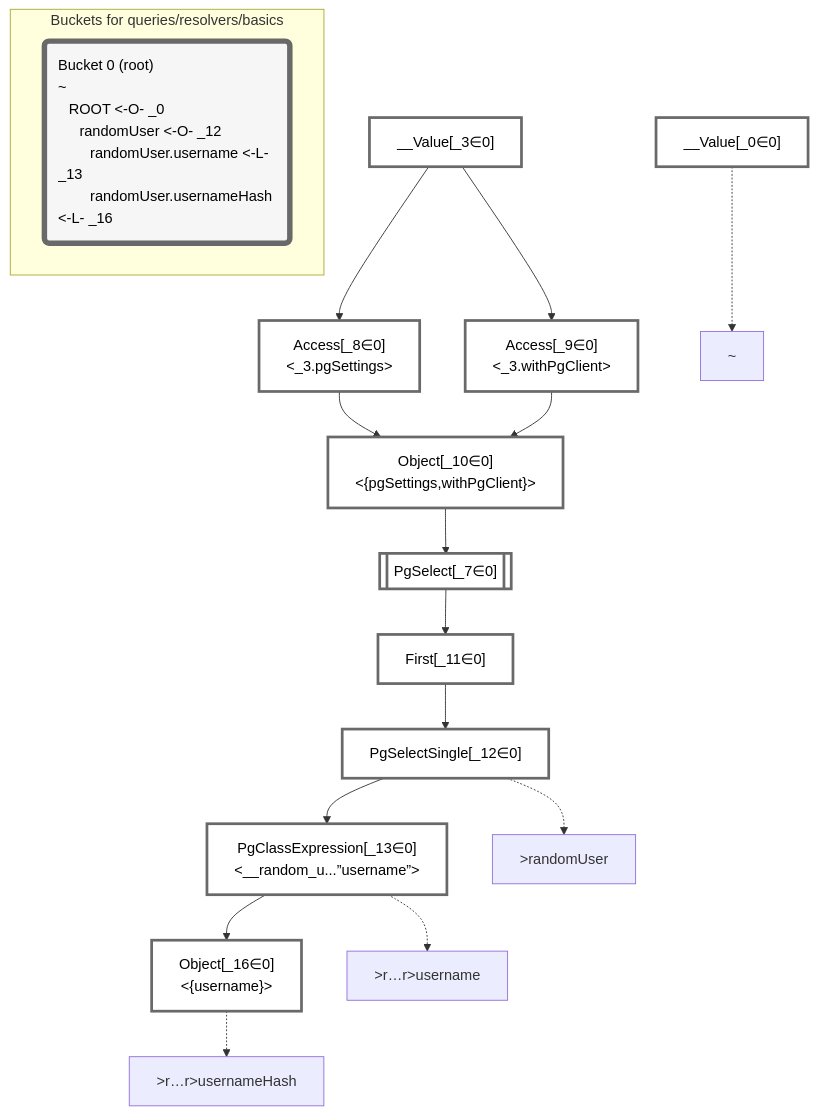
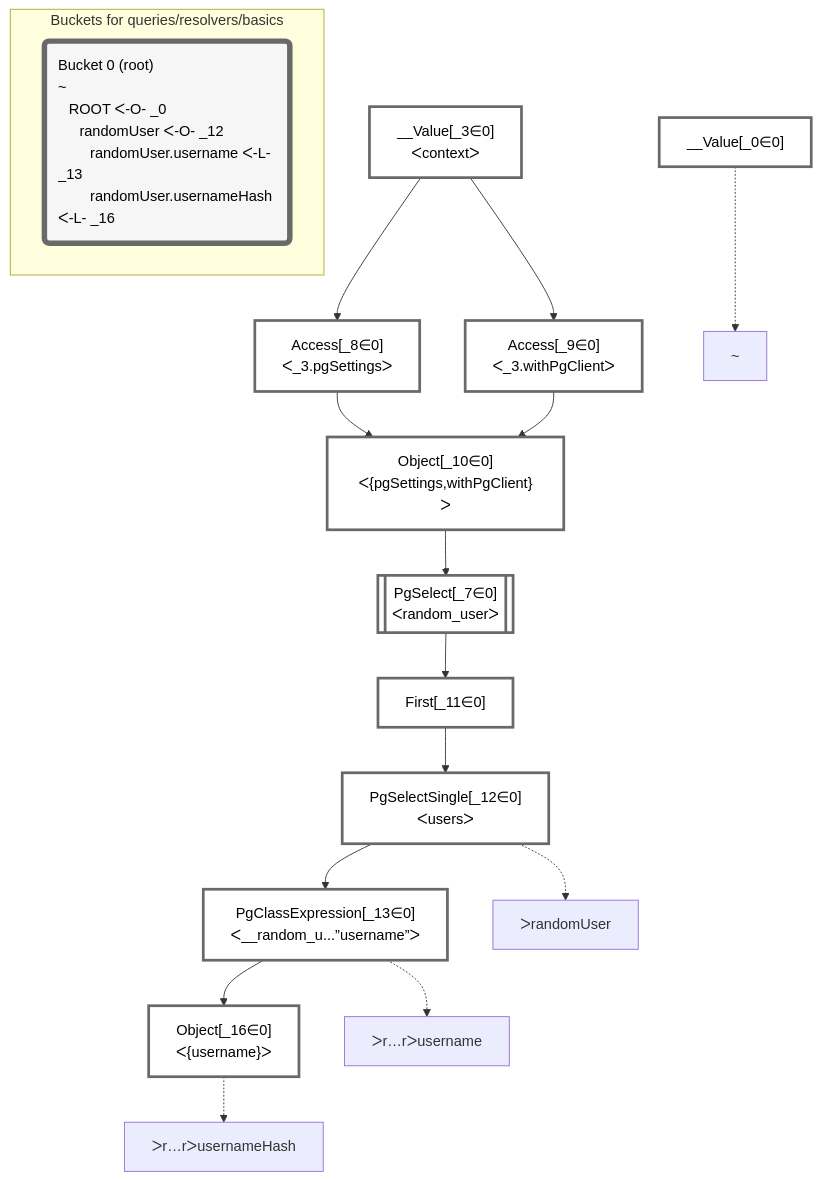
The diagram in packages/dataplan-pg/__tests__/queries/resolvers/basics.deopt.mermaid.md (graphile/crystal), drawn with Mermaid before and after one commit. The commit also changed 195 other files, not shown here.

````diff
--- a/packages/dataplan-pg/__tests__/queries/resolvers/basics.deopt.mermaid.md
+++ b/packages/dataplan-pg/__tests__/queries/resolvers/basics.deopt.mermaid.md
@@ -1,51 +1,51 @@
 ```mermaid
 graph TD
     classDef path fill:#eee,stroke:#000,color:#000
     classDef plan fill:#fff,stroke-width:3px,color:#000
     classDef itemplan fill:#fff,stroke-width:6px,color:#000
     classDef sideeffectplan fill:#f00,stroke-width:6px,color:#000
     classDef bucket fill:#f6f6f6,color:#000,stroke-width:6px,text-align:left
 
 
     %% define plans
     __Value_0["__Value[_0∈0]"]:::plan
-    __Value_3["__Value[_3∈0]<br /><context>"]:::plan
-    PgSelect_7[["PgSelect[_7∈0]<br /><random_user>"]]:::plan
-    Access_8["Access[_8∈0]<br /><_3.pgSettings>"]:::plan
-    Access_9["Access[_9∈0]<br /><_3.withPgClient>"]:::plan
-    Object_10["Object[_10∈0]<br /><{pgSettings,withPgClient}>"]:::plan
+    __Value_3["__Value[_3∈0]<br />ᐸcontextᐳ"]:::plan
+    PgSelect_7[["PgSelect[_7∈0]<br />ᐸrandom_userᐳ"]]:::plan
+    Access_8["Access[_8∈0]<br />ᐸ_3.pgSettingsᐳ"]:::plan
+    Access_9["Access[_9∈0]<br />ᐸ_3.withPgClientᐳ"]:::plan
+    Object_10["Object[_10∈0]<br />ᐸ{pgSettings,withPgClient}ᐳ"]:::plan
     First_11["First[_11∈0]"]:::plan
-    PgSelectSingle_12["PgSelectSingle[_12∈0]<br /><users>"]:::plan
-    PgClassExpression_13["PgClassExpression[_13∈0]<br /><__random_u...”username”>"]:::plan
-    Object_16["Object[_16∈0]<br /><{username}>"]:::plan
+    PgSelectSingle_12["PgSelectSingle[_12∈0]<br />ᐸusersᐳ"]:::plan
+    PgClassExpression_13["PgClassExpression[_13∈0]<br />ᐸ__random_u...”username”ᐳ"]:::plan
+    Object_16["Object[_16∈0]<br />ᐸ{username}ᐳ"]:::plan
 
     %% plan dependencies
     Object_10 --> PgSelect_7
     __Value_3 --> Access_8
     __Value_3 --> Access_9
     Access_8 --> Object_10
     Access_9 --> Object_10
     PgSelect_7 --> First_11
     First_11 --> PgSelectSingle_12
     PgSelectSingle_12 --> PgClassExpression_13
     PgClassExpression_13 --> Object_16
 
     %% plan-to-path relationships
     P_0["~"]
     __Value_0 -.-> P_0
-    P_12[">randomUser"]
+    P_12["ᐳrandomUser"]
     PgSelectSingle_12 -.-> P_12
-    P_13[">r…r>username"]
+    P_13["ᐳr…rᐳusername"]
     PgClassExpression_13 -.-> P_13
-    P_16[">r…r>usernameHash"]
+    P_16["ᐳr…rᐳusernameHash"]
     Object_16 -.-> P_16
 
     %% allocate buckets
     classDef bucket0 stroke:#696969
     class __Value_0,__Value_3,PgSelect_7,Access_8,Access_9,Object_10,First_11,PgSelectSingle_12,PgClassExpression_13,Object_16 bucket0
 
     subgraph "Buckets for queries/resolvers/basics"
-    Bucket0("Bucket 0 (root)<br />~<br />⠀ROOT <-O- _0<br />⠀⠀randomUser <-O- _12<br />⠀⠀⠀randomUser.username <-L- _13<br />⠀⠀⠀randomUser.usernameHash <-L- _16"):::bucket
+    Bucket0("Bucket 0 (root)<br />~<br />⠀ROOT ᐸ-O- _0<br />⠀⠀randomUser ᐸ-O- _12<br />⠀⠀⠀randomUser.username ᐸ-L- _13<br />⠀⠀⠀randomUser.usernameHash ᐸ-L- _16"):::bucket
     style Bucket0 stroke:#696969
     end
 ```
````
